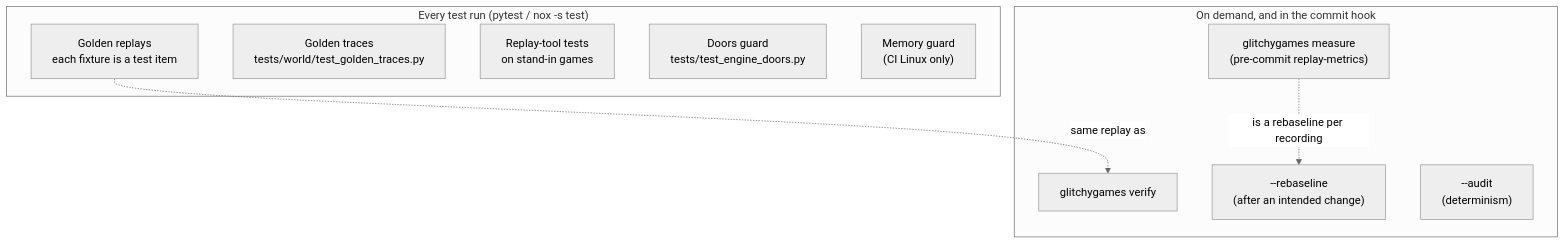
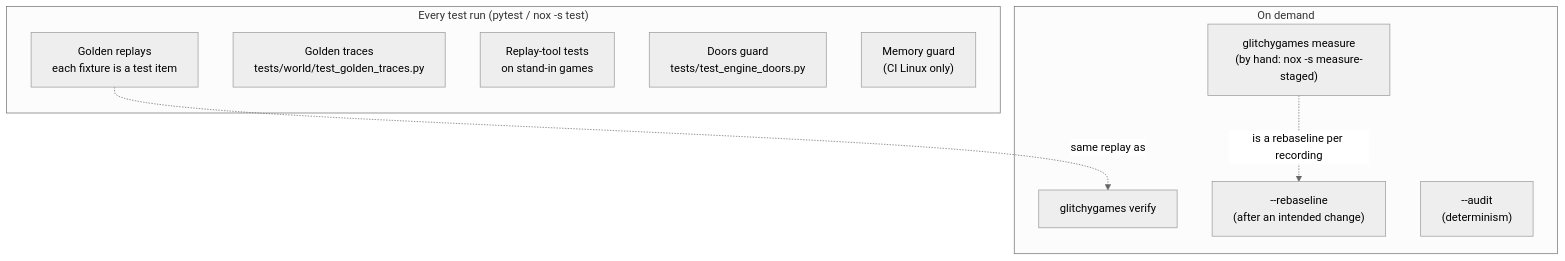
The first of 4 diagrams in docs/architecture/playback/testing.md (terrysimons/glitchygames), drawn with Mermaid (neutral theme) before and after one commit. The commit also changed other lines of this file and 10 other files, not shown here.

Commit message:
Hooks: stop committing replay-ledger rows (no measuring hook at commit or push) (#284)

````diff
--- a/docs/architecture/playback/testing.md
+++ b/docs/architecture/playback/testing.md
@@ -7,18 +7,18 @@
 ```mermaid
 flowchart TD
     subgraph suite ["Every test run (pytest / nox -s test)"]
         goldens["Golden replays<br/>each fixture is a test item"]
         traces["Golden traces<br/>tests/world/test_golden_traces.py"]
         standins["Replay-tool tests<br/>on stand-in games"]
         doors["Doors guard<br/>tests/test_engine_doors.py"]
         memory["Memory guard<br/>(CI Linux only)"]
     end
-    subgraph tools ["On demand, and in the commit hook"]
+    subgraph tools ["On demand"]
         verify["glitchygames verify"]
-        measure["glitchygames measure<br/>(pre-commit replay-metrics)"]
+        measure["glitchygames measure<br/>(by hand: nox -s measure-staged)"]
         rebaseline["--rebaseline<br/>(after an intended change)"]
         audit["--audit<br/>(determinism)"]
     end
     goldens -. "same replay as" .-> verify
     measure -. "is a rebaseline per recording" .-> rebaseline
 ```
````
